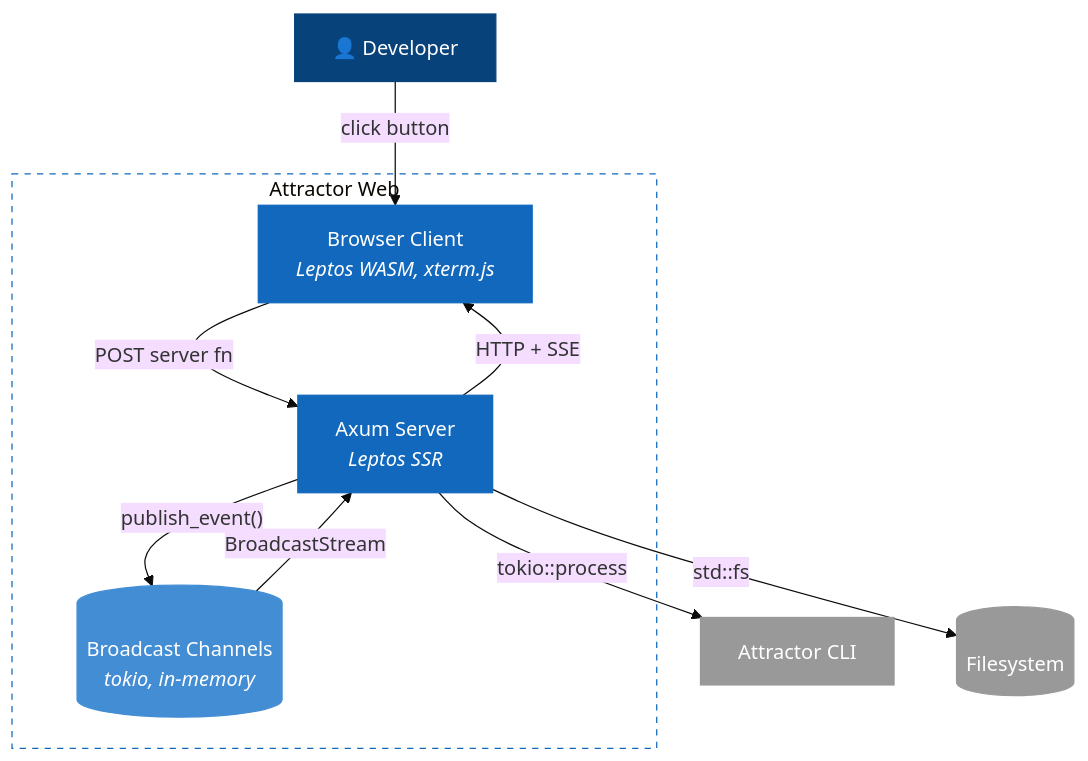
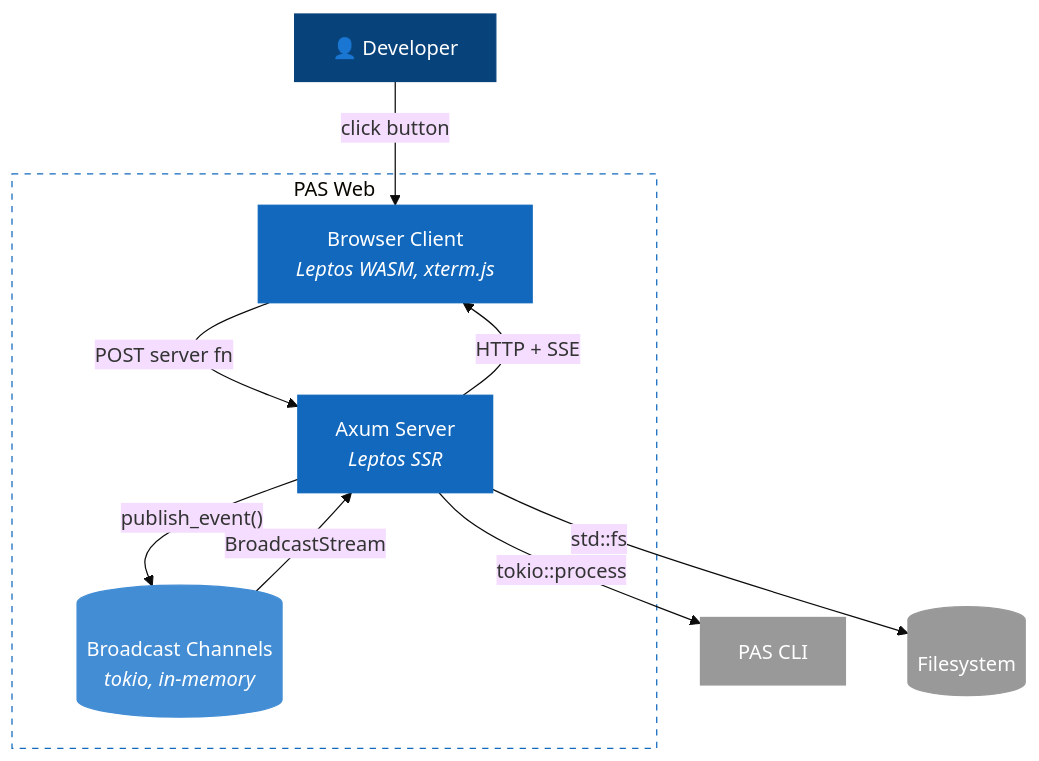
The second of 4 diagrams in docs/accept-execute-c4.md (citadelgrad/connect-the-bots), drawn with Mermaid (base theme) before and after one commit. The commit also changed other lines of this file and 38 other files, not shown here.

````diff
--- a/docs/accept-execute-c4.md
+++ b/docs/accept-execute-c4.md
@@ -27,29 +27,29 @@
 ```mermaid
 flowchart TB
     user["👤 Developer"]
 
-    subgraph web ["Attractor Web"]
+    subgraph web ["PAS Web"]
         wasm["Browser Client<br/><i>Leptos WASM, xterm.js</i>"]
         axum["Axum Server<br/><i>Leptos SSR</i>"]
         broadcast[("Broadcast Channels<br/><i>tokio, in-memory</i>")]
     end
 
-    cli["Attractor CLI"]
+    cli["PAS CLI"]
     fs[("Filesystem")]
 
     user -- "click button" --> wasm
     wasm -- "POST server fn" --> axum
     axum -- "HTTP + SSE" --> wasm
     axum -- "tokio::process" --> cli
     axum -- "std::fs" --> fs
     axum -- "publish_event()" --> broadcast
     broadcast -- "BroadcastStream" --> axum
 
     style user fill:#08427b,color:#fff,stroke:#08427b
     style wasm fill:#1168bd,color:#fff,stroke:#1168bd
     style axum fill:#1168bd,color:#fff,stroke:#1168bd
     style broadcast fill:#438dd5,color:#fff,stroke:#438dd5
     style cli fill:#999,color:#fff,stroke:#999
     style fs fill:#999,color:#fff,stroke:#999
     style web fill:none,stroke:#1168bd,stroke-dasharray:5 5
 ```
````
